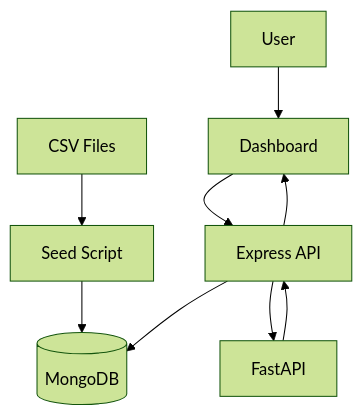
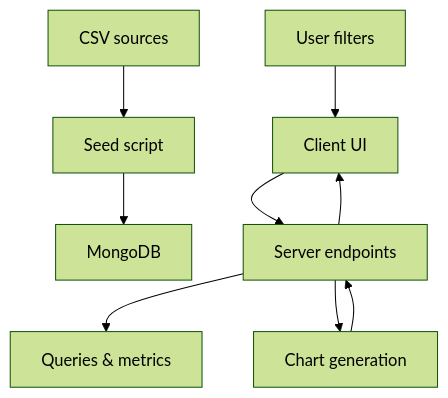
The second of 2 diagrams in README.md (0Raghav-Sharma0/mantra4Change), drawn with Mermaid (forest theme) before and after one commit. The commit also changed other lines of this file and 12 other files, not shown here.

````diff
--- a/README.md
+++ b/README.md
@@ -165,27 +101,11 @@
 ```mermaid
 flowchart TD
-
-CSV[CSV Files]
-    --> Seed[Seed Script]
-
-Seed
-    --> MongoDB[(MongoDB)]
-
-User
-    --> Client[Dashboard]
-
-Client
-    --> API[Express API]
-
-API
-    --> MongoDB
-
-API
-    --> Analytics[FastAPI]
-
-Analytics
-    --> API
-
-API
-    --> Client
+  CSV[CSV sources] --> Seed[Seed script]
+  Seed --> Mongo[MongoDB]
+  User[User filters] --> UI[Client UI]
+  UI --> API[Server endpoints]
+  API --> DB[Queries & metrics]
+  API --> Analytics[Chart generation]
+  Analytics --> API
+  API --> UI
 ```
````
